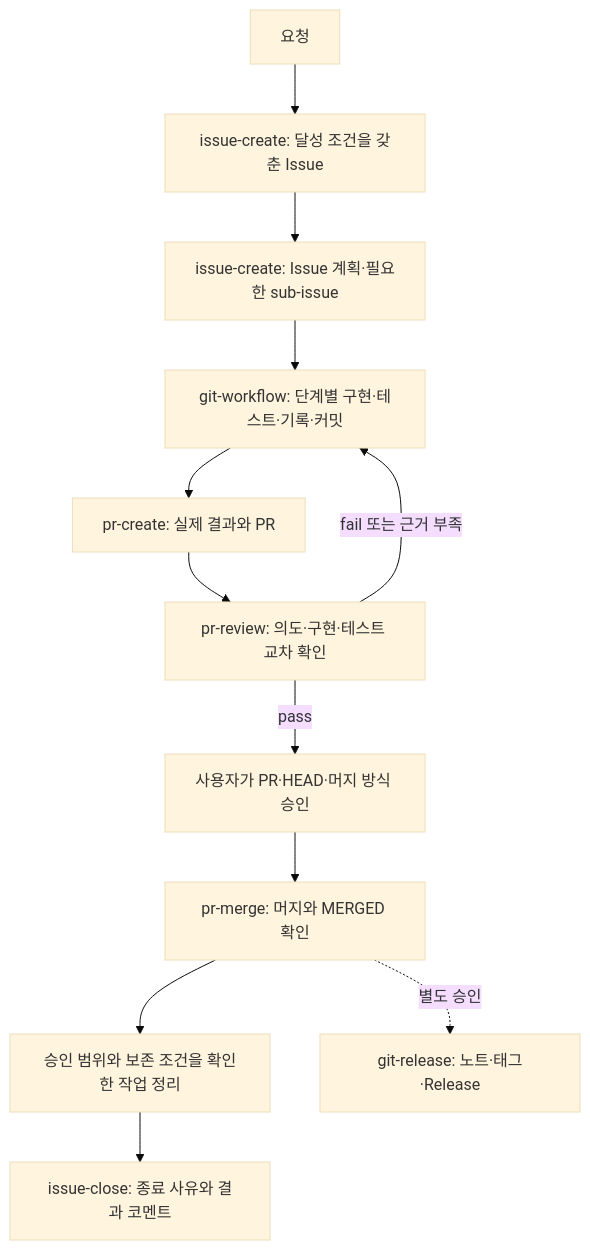
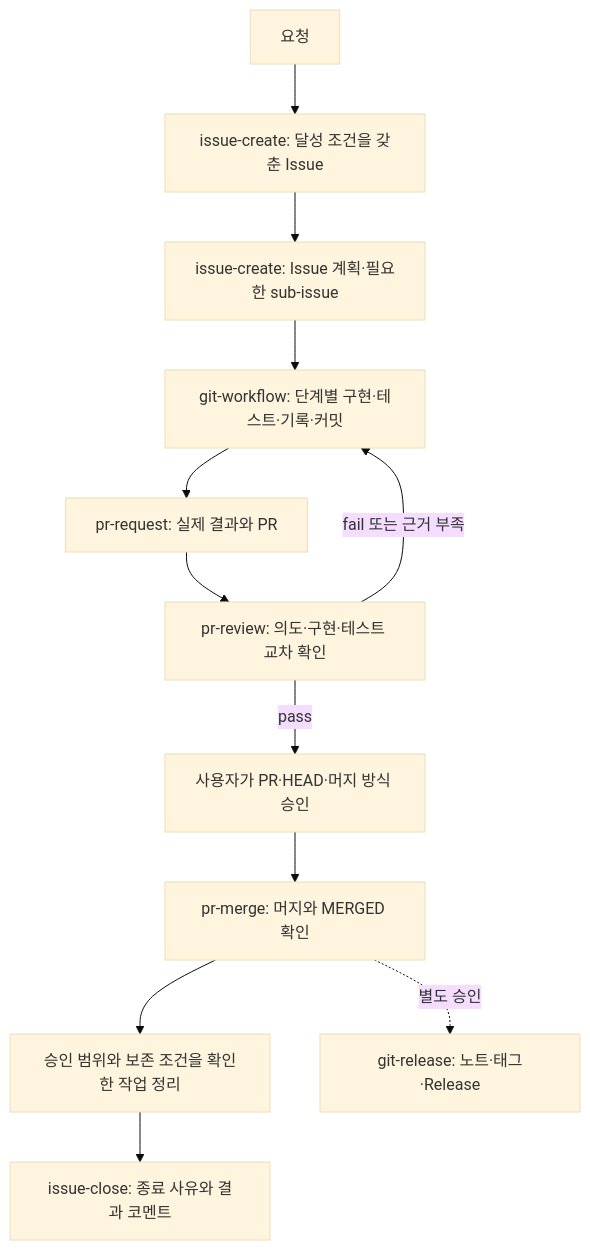
The diagram in README.ko.md (insung/git-workflow), drawn with Mermaid (base theme) before and after one commit. The commit also changed other lines of this file and 16 other files, not shown here.

````diff
--- a/README.ko.md
+++ b/README.ko.md
@@ -42,14 +42,14 @@
 ```mermaid
 flowchart TD
     A[요청] --> B[issue-create: 달성 조건을 갖춘 Issue]
     B --> C[issue-create: Issue 계획·필요한 sub-issue]
     C --> D[git-workflow: 단계별 구현·테스트·기록·커밋]
-    D --> E[pr-create: 실제 결과와 PR]
+    D --> E[pr-request: 실제 결과와 PR]
     E --> F[pr-review: 의도·구현·테스트 교차 확인]
     F -->|fail 또는 근거 부족| D
     F -->|pass| G[사용자가 PR·HEAD·머지 방식 승인]
     G --> H[pr-merge: 머지와 MERGED 확인]
     H --> J[승인 범위와 보존 조건을 확인한 작업 정리]
     J --> K[issue-close: 종료 사유와 결과 코멘트]
     H -. 별도 승인 .-> I[git-release: 노트·태그·Release]
 ```
````
